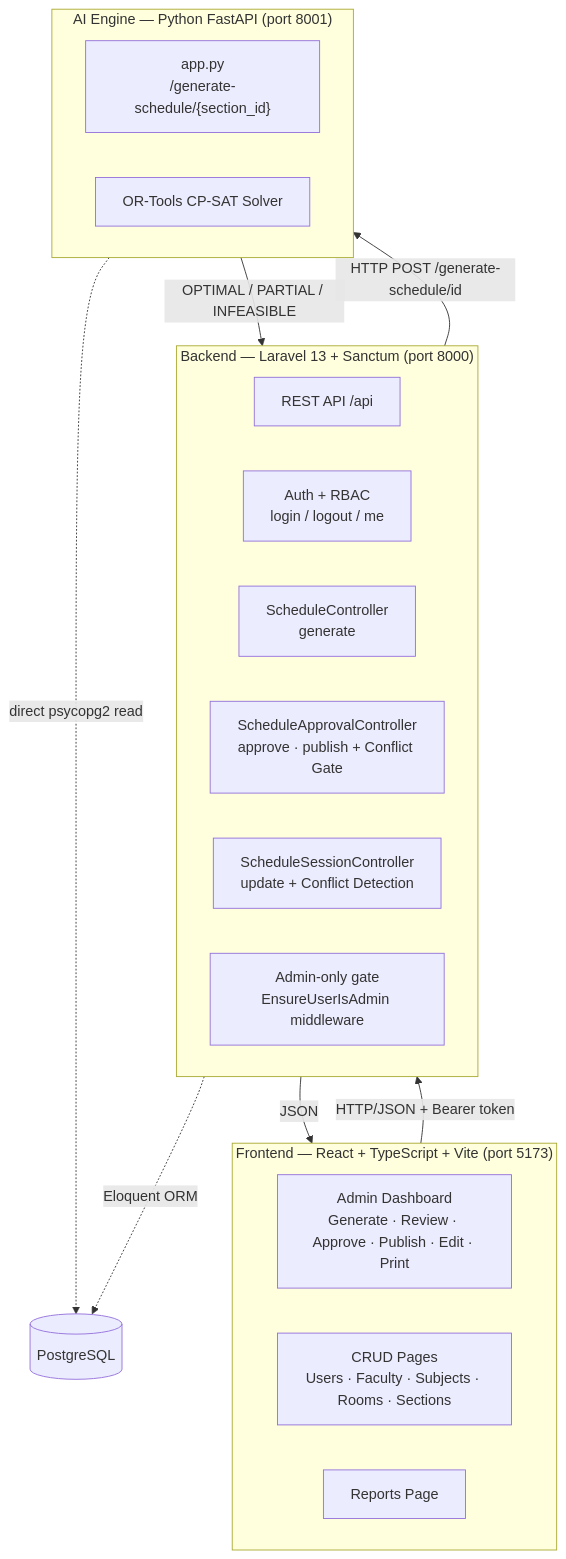
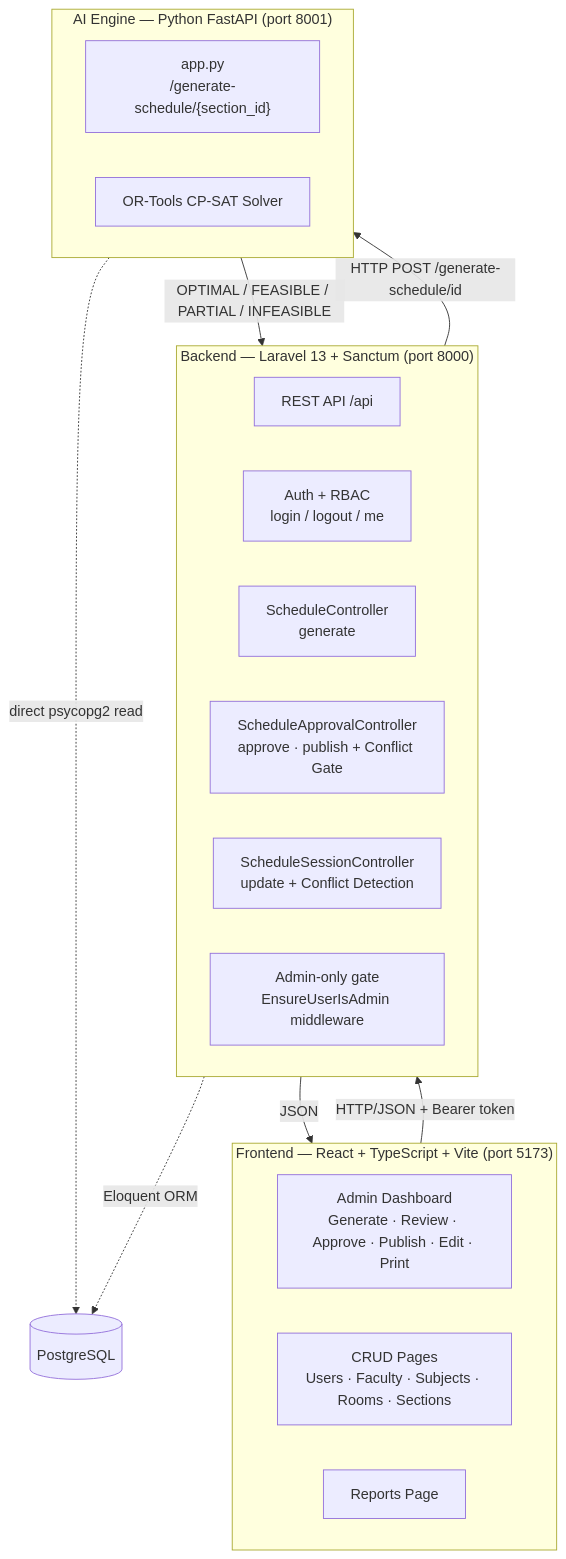
One commit to KiroOoo-arch/IT-faculty-scheduling-system changed the first of 6 diagrams in documentation/System-Architecture.md. Above: the diagram before and after it, drawn with Mermaid. The commit also changed other lines of this file and 17 other files, not shown here.

````diff
--- a/documentation/System-Architecture.md
+++ b/documentation/System-Architecture.md
@@ -18,31 +18,31 @@
 ```mermaid
 graph TB
     subgraph Frontend["Frontend — React + TypeScript + Vite (port 5173)"]
         AD[Admin Dashboard<br/>Generate · Review · Approve · Publish · Edit · Print]
         CP[CRUD Pages<br/>Users · Faculty · Subjects · Rooms · Sections]
         RP[Reports Page]
     end
 
     subgraph Backend["Backend — Laravel 13 + Sanctum (port 8000)"]
         API[REST API /api]
         AUTH[Auth + RBAC<br/>login / logout / me]
         SCH[ScheduleController<br/>generate]
         SAP[ScheduleApprovalController<br/>approve · publish + Conflict Gate]
         SES[ScheduleSessionController<br/>update + Conflict Detection]
         AUTHGATE[Admin-only gate<br/>EnsureUserIsAdmin middleware]
     end
 
     subgraph AI["AI Engine — Python FastAPI (port 8001)"]
         APP["app.py<br/>/generate-schedule/{section_id}"]
         SOLVER[OR-Tools CP-SAT Solver]
     end
 
     DB[(PostgreSQL)]
 
     Frontend -->|HTTP/JSON + Bearer token| Backend
     Backend -->|HTTP POST /generate-schedule/id| AI
-    AI -->|OPTIMAL / PARTIAL / INFEASIBLE| Backend
+    AI -->|OPTIMAL / FEASIBLE / PARTIAL / INFEASIBLE| Backend
     AI -.direct psycopg2 read.-> DB
     Backend -.Eloquent ORM.-> DB
     Backend -->|JSON| Frontend
 ```
````
